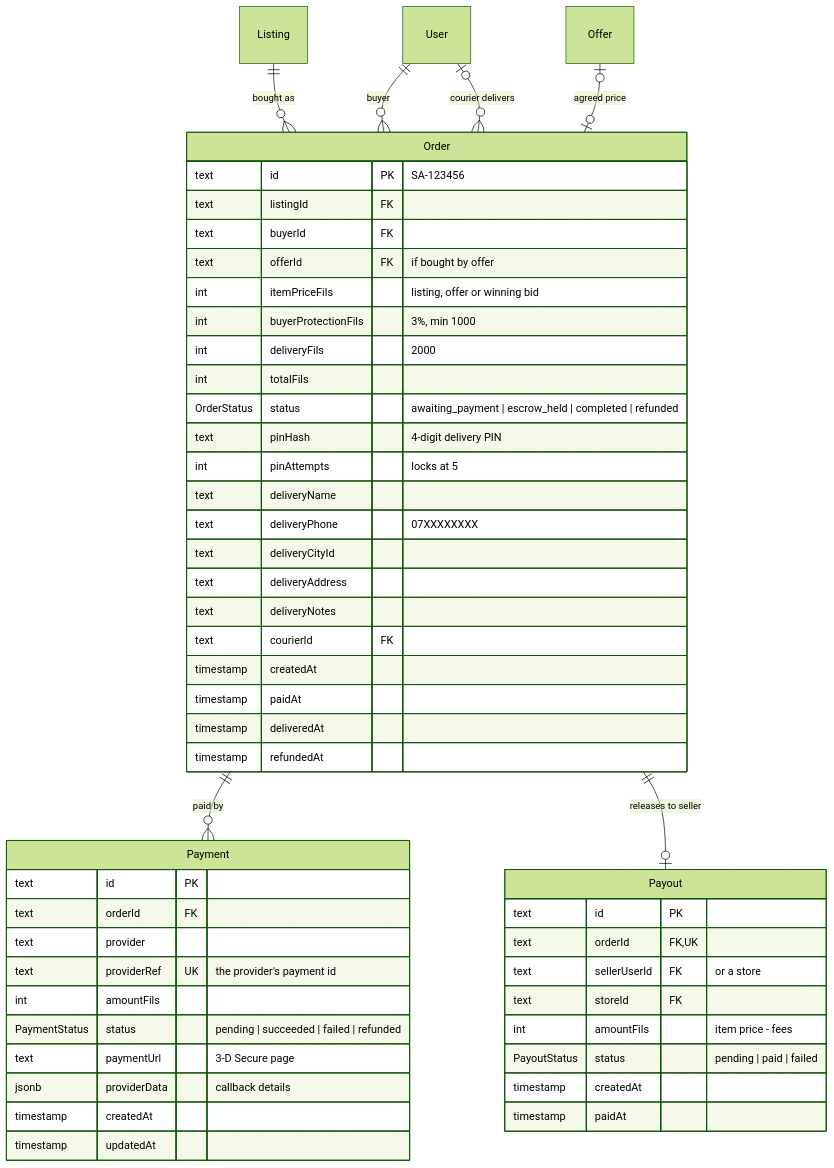
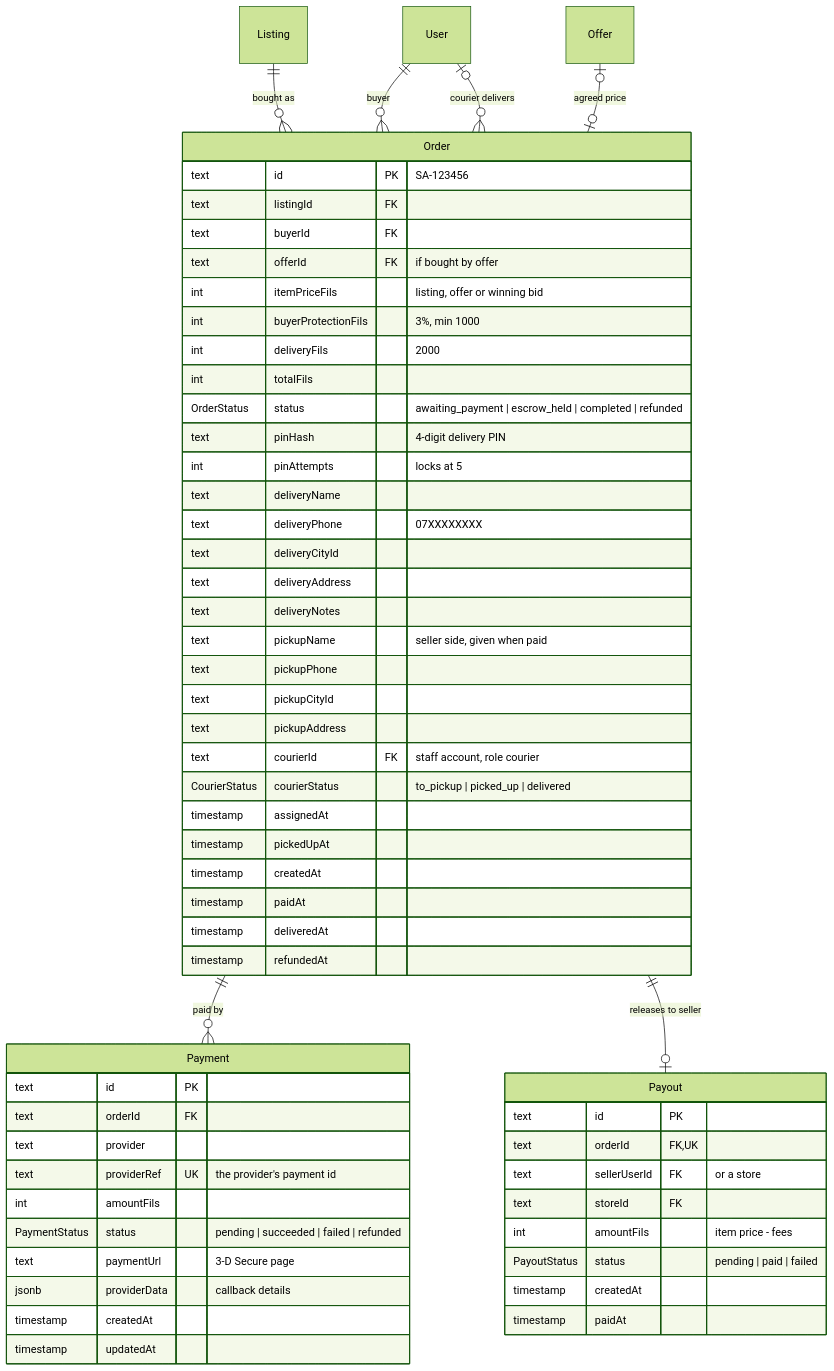
One commit to mustafa-kilany/madmoon-deals changed the fifth of 6 diagrams in docs/DATABASE.md. Above: the diagram before and after it, drawn with Mermaid (forest theme). The commit also changed other lines of this file and 7 other files, not shown here.

````diff
--- a/docs/DATABASE.md
+++ b/docs/DATABASE.md
@@ -348,54 +348,61 @@
 ```mermaid
 erDiagram
   Listing ||--o{ Order : "bought as"
   User ||--o{ Order : "buyer"
   Offer |o--o| Order : "agreed price"
   User |o--o{ Order : "courier delivers"
   Order ||--o{ Payment : "paid by"
   Order ||--o| Payout : "releases to seller"
   Order {
     text id PK "SA-123456"
     text listingId FK
     text buyerId FK
     text offerId FK "if bought by offer"
     int itemPriceFils "listing, offer or winning bid"
     int buyerProtectionFils "3%, min 1000"
     int deliveryFils "2000"
     int totalFils
     OrderStatus status "awaiting_payment | escrow_held | completed | refunded"
     text pinHash "4-digit delivery PIN"
     int pinAttempts "locks at 5"
     text deliveryName
     text deliveryPhone "07XXXXXXXX"
     text deliveryCityId
     text deliveryAddress
     text deliveryNotes
-    text courierId FK
+    text pickupName "seller side, given when paid"
+    text pickupPhone
+    text pickupCityId
+    text pickupAddress
+    text courierId FK "staff account, role courier"
+    CourierStatus courierStatus "to_pickup | picked_up | delivered"
+    timestamp assignedAt
+    timestamp pickedUpAt
     timestamp createdAt
     timestamp paidAt
     timestamp deliveredAt
     timestamp refundedAt
   }
   Payment {
     text id PK
     text orderId FK
     text provider
     text providerRef UK "the provider's payment id"
     int amountFils
     PaymentStatus status "pending | succeeded | failed | refunded"
     text paymentUrl "3-D Secure page"
     jsonb providerData "callback details"
     timestamp createdAt
     timestamp updatedAt
   }
   Payout {
     text id PK
     text orderId FK,UK
     text sellerUserId FK "or a store"
     text storeId FK
     int amountFils "item price - fees"
     PayoutStatus status "pending | paid | failed"
     timestamp createdAt
     timestamp paidAt
   }
 ```
````
